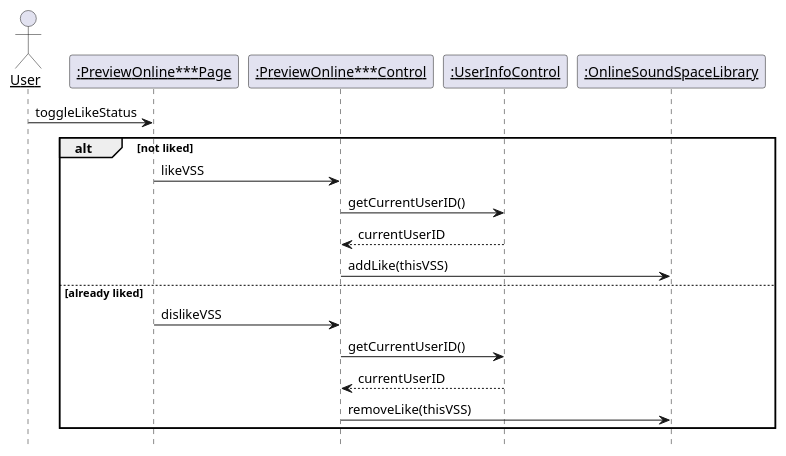
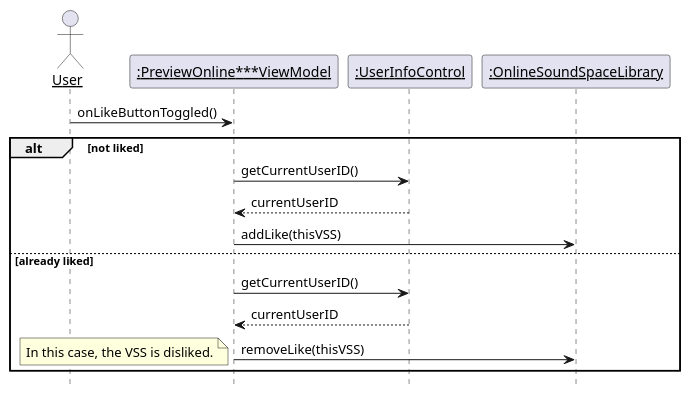
Before and after one commit to kpp19920121/doc: diagram 20 of 33 in 设计/顺序图.md, drawn with PlantUML. The commit also changed other lines of this file and 6 other files, not shown here.

First line of the commit message:
【UI】Preview的UI图

````diff
--- a/设计/顺序图.md
+++ b/设计/顺序图.md
@@ -655,25 +658,23 @@
 ```PlantUML
 @startuml Diagrams/LikeVSS
 hide footbox
 skinparam sequenceParticipant underline
 actor User as user
-participant ":PreviewOnline***Page" as page
-participant ":PreviewOnline***Control" as control
+participant ":PreviewOnline***ViewModel" as viewModel
 participant ":UserInfoControl" as info
 participant ":OnlineSoundSpaceLibrary" as library
 
-user -> page: toggleLikeStatus
+user -> viewModel: onLikeButtonToggled()
 alt not liked
-    page -> control: likeVSS
-    control -> info: getCurrentUserID()
-    info --> control: currentUserID
-    control -> library: addLike(thisVSS)
+    viewModel -> info: getCurrentUserID()
+    info --> viewModel: currentUserID
+    viewModel -> library: addLike(thisVSS)
 else already liked
-    page -> control: dislikeVSS
-    control -> info: getCurrentUserID()
-    info --> control: currentUserID
-    control -> library: removeLike(thisVSS)
+    viewModel -> info: getCurrentUserID()
+    info --> viewModel: currentUserID
+    viewModel -> library: removeLike(thisVSS)
+    note left: In this case, the VSS is disliked.
 end
 
 @enduml
 ```
````
